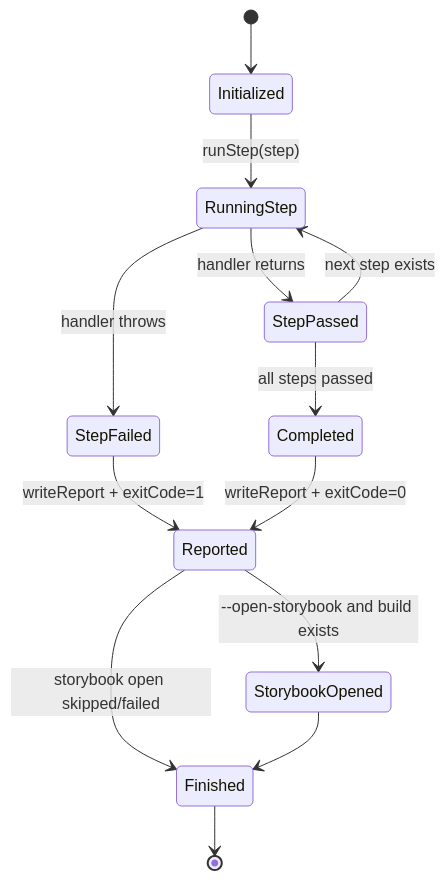
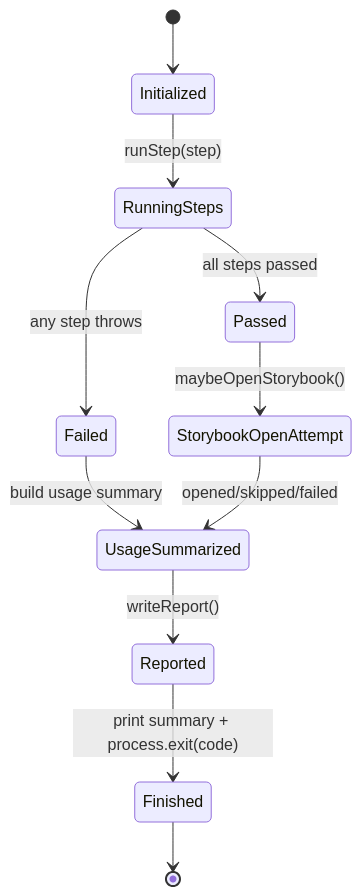
Before and after one commit to TEAM-HOUME/HOUME-CLIENT: the third of 4 diagrams in orchestration/ui-components/README.md, drawn with Mermaid. The commit also changed other lines of this file and 7 other files, not shown here.

````diff
--- a/orchestration/ui-components/README.md
+++ b/orchestration/ui-components/README.md
@@ -155,19 +180,17 @@
 ```mermaid
 stateDiagram-v2
   [*] --> Initialized
-  Initialized --> RunningStep: runStep(step)
+  Initialized --> RunningSteps: runStep(step)
 
-  RunningStep --> StepPassed: handler returns
-  RunningStep --> StepFailed: handler throws
+  RunningSteps --> Failed: any step throws
+  RunningSteps --> Passed: all steps passed
 
-  StepPassed --> RunningStep: next step exists
-  StepPassed --> Completed: all steps passed
+  Passed --> StorybookOpenAttempt: maybeOpenStorybook()
+  Failed --> UsageSummarized: build usage summary
 
-  StepFailed --> Reported: writeReport + exitCode=1
-  Completed --> Reported: writeReport + exitCode=0
+  StorybookOpenAttempt --> UsageSummarized: opened/skipped/failed
+  UsageSummarized --> Reported: writeReport()
 
-  Reported --> StorybookOpened: --open-storybook and build exists
-  Reported --> Finished: storybook open skipped/failed
-  StorybookOpened --> Finished
+  Reported --> Finished: print summary + process.exit(code)
   Finished --> [*]
 ```
````
